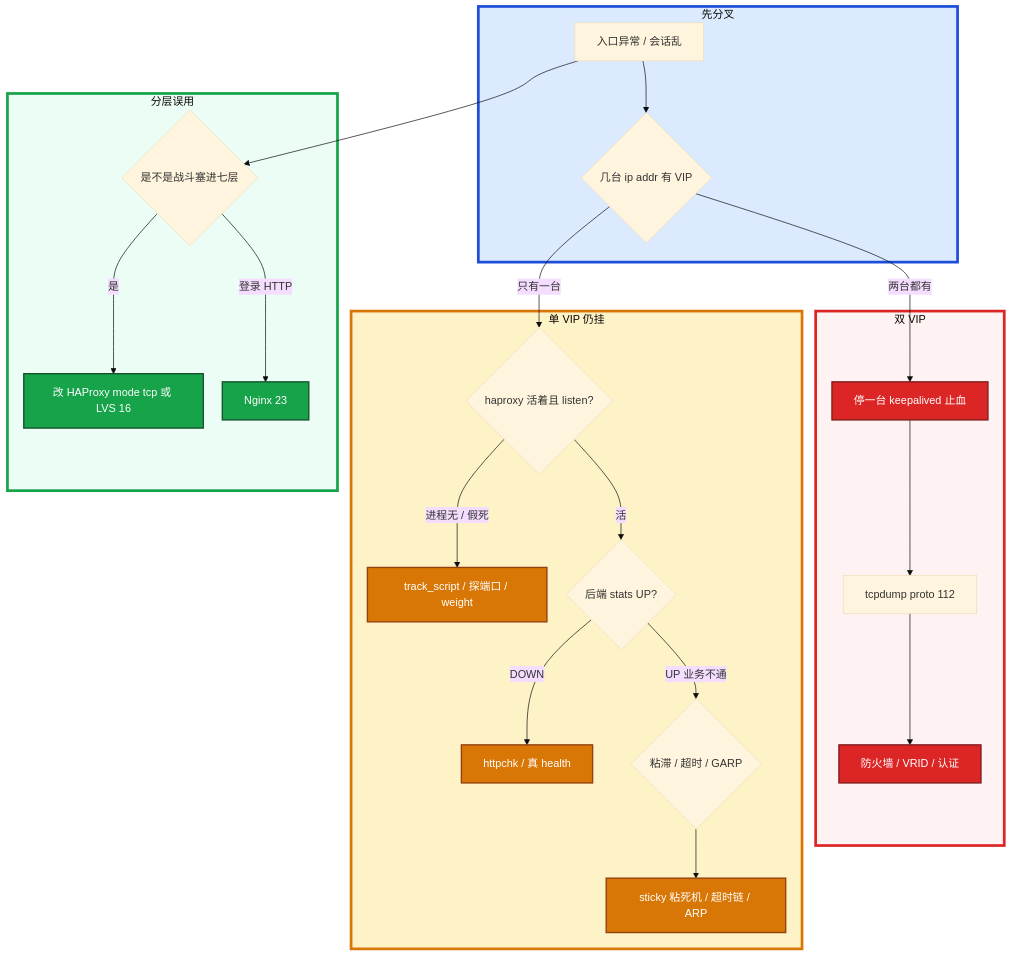
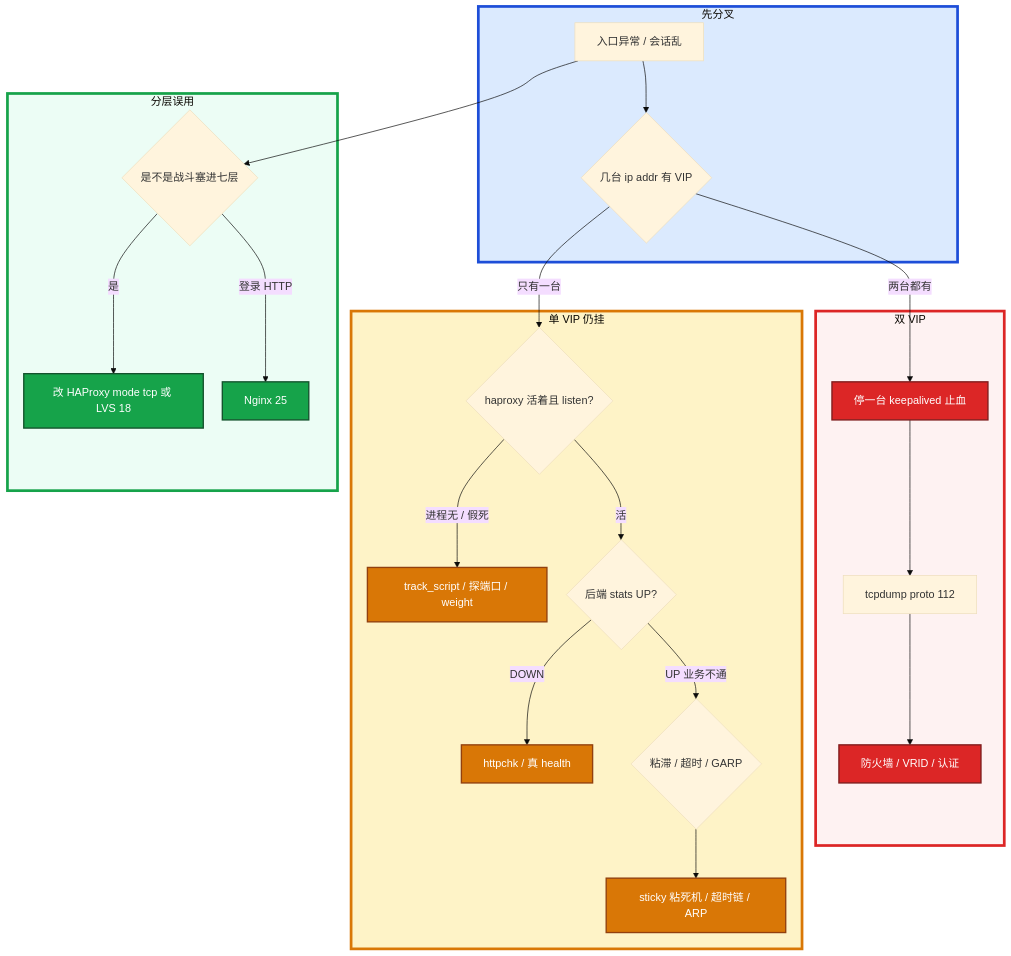
Before and after one commit to ml-cuizijun/LearnToLilith: the fourth of 4 diagrams in 01-基础底座/20-HAProxy与Keepalived/知识点.md, drawn with Mermaid. The commit also changed other lines of this file and 56 other files, not shown here.

````diff
--- a/01-基础底座/20-HAProxy与Keepalived/知识点.md
+++ b/01-基础底座/20-HAProxy与Keepalived/知识点.md
@@ -1012,40 +1012,40 @@
 ```mermaid
 %%{init: {"flowchart": {"padding": 16, "nodeSpacing": 28, "rankSpacing": 48}, "theme": "base"}}%%
 flowchart TB
     subgraph gate ["先分叉"]
         A[入口异常 / 会话乱] --> B{几台 ip addr 有 VIP}
     end
 
     subgraph split ["双 VIP"]
         B -->|两台都有| C[停一台 keepalived 止血]
         C --> D[tcpdump proto 112]
         D --> E[防火墙 / VRID / 认证]
     end
 
     subgraph one ["单 VIP 仍挂"]
         B -->|只有一台| F{haproxy 活着且 listen?}
         F -->|进程无 / 假死| G[track_script / 探端口 / weight]
         F -->|活| H{后端 stats UP?}
         H -->|DOWN| I[httpchk / 真 health]
         H -->|UP 业务不通| J{粘滞 / 超时 / GARP}
         J --> K[sticky 粘死机 / 超时链 / ARP]
     end
 
     subgraph layer ["分层误用"]
         A --> L{是不是战斗塞进七层}
-        L -->|是| M[改 HAProxy mode tcp 或 LVS 16]
-        L -->|登录 HTTP| N[Nginx 23]
+        L -->|是| M[改 HAProxy mode tcp 或 LVS 18]
+        L -->|登录 HTTP| N[Nginx 25]
     end
 
     classDef bad fill:#DC2626,stroke:#7F1D1D,stroke-width:2px,color:#fff
     classDef warn fill:#D97706,stroke:#92400E,stroke-width:2px,color:#fff
     classDef ok fill:#16A34A,stroke:#14532D,stroke-width:2px,color:#fff
     class C,E bad
     class G,I,K warn
     class M,N ok
 
     style gate fill:#DBEAFE,stroke:#1D4ED8,stroke-width:4px
     style split fill:#FEF2F2,stroke:#DC2626,stroke-width:4px
     style one fill:#FEF3C7,stroke:#D97706,stroke-width:4px
     style layer fill:#ECFDF5,stroke:#16A34A,stroke-width:4px
 ```
````
